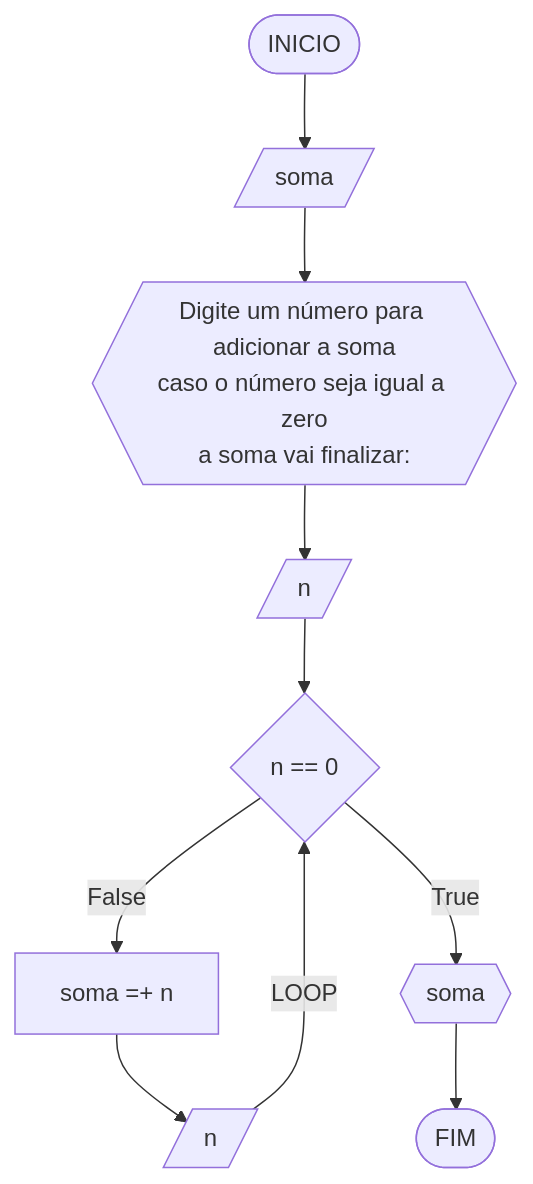
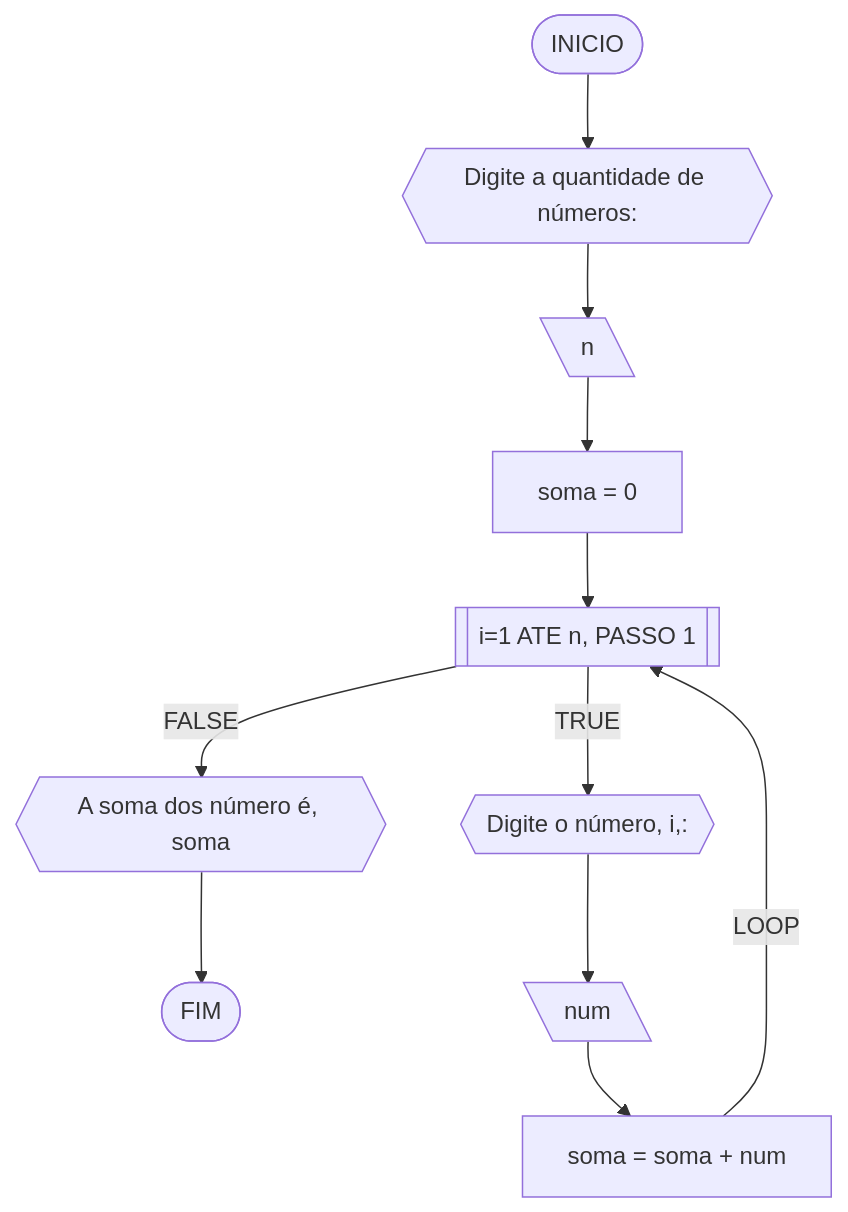
Before and after one commit to AlissonFT2/unifor: the fifth of 6 diagrams in RLA/unidade1/lista3.md, drawn with Mermaid. The commit also changed other lines of this file, not shown here.

````diff
--- a/RLA/unidade1/lista3.md
+++ b/RLA/unidade1/lista3.md
@@ -196,12 +196,13 @@
 ```mermaid
 flowchart TD
-A([INICIO]) --> Z[/soma/] 
-Z --> B{{Digite um número para adicionar a soma<br>caso o número seja igual a zero<br>a soma vai finalizar: }}
-B --> C[/n/]
-C --> D{n == 0}
-D --False--> E[soma =+ n]
-E --> F[/n/]
-F --LOOP--> D
-D --True--> G{{soma}}
-G --> H([FIM])
+A([INICIO]) --> B{{"Digite a quantidade de números:"}}
+B --> C[\n\]
+C --> D[soma = 0]
+D --> E[[i=1 ATE n, PASSO 1]]
+E --FALSE--> F{{A soma dos número é, soma}}
+F --> L([FIM])
+E --TRUE--> G{{Digite o número, i,:}}
+G --> H[\num\]
+H --> I[soma = soma + num]
+I --LOOP--> E
 ```
````
